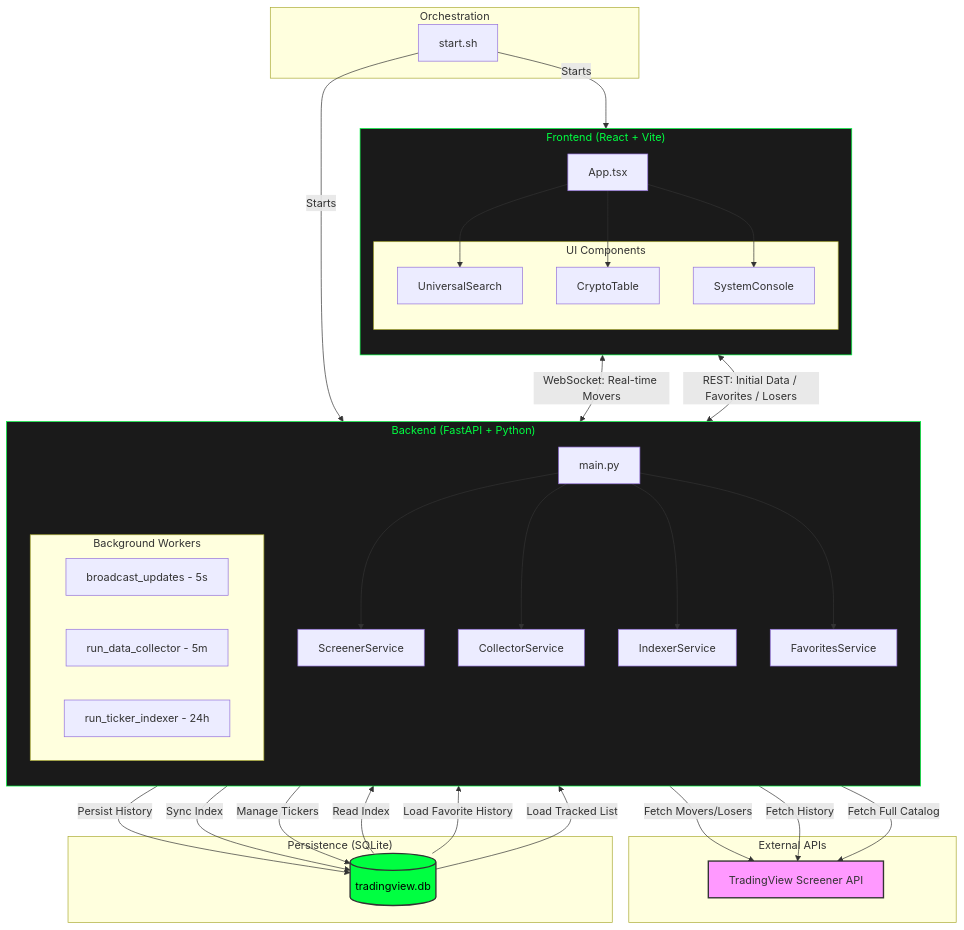
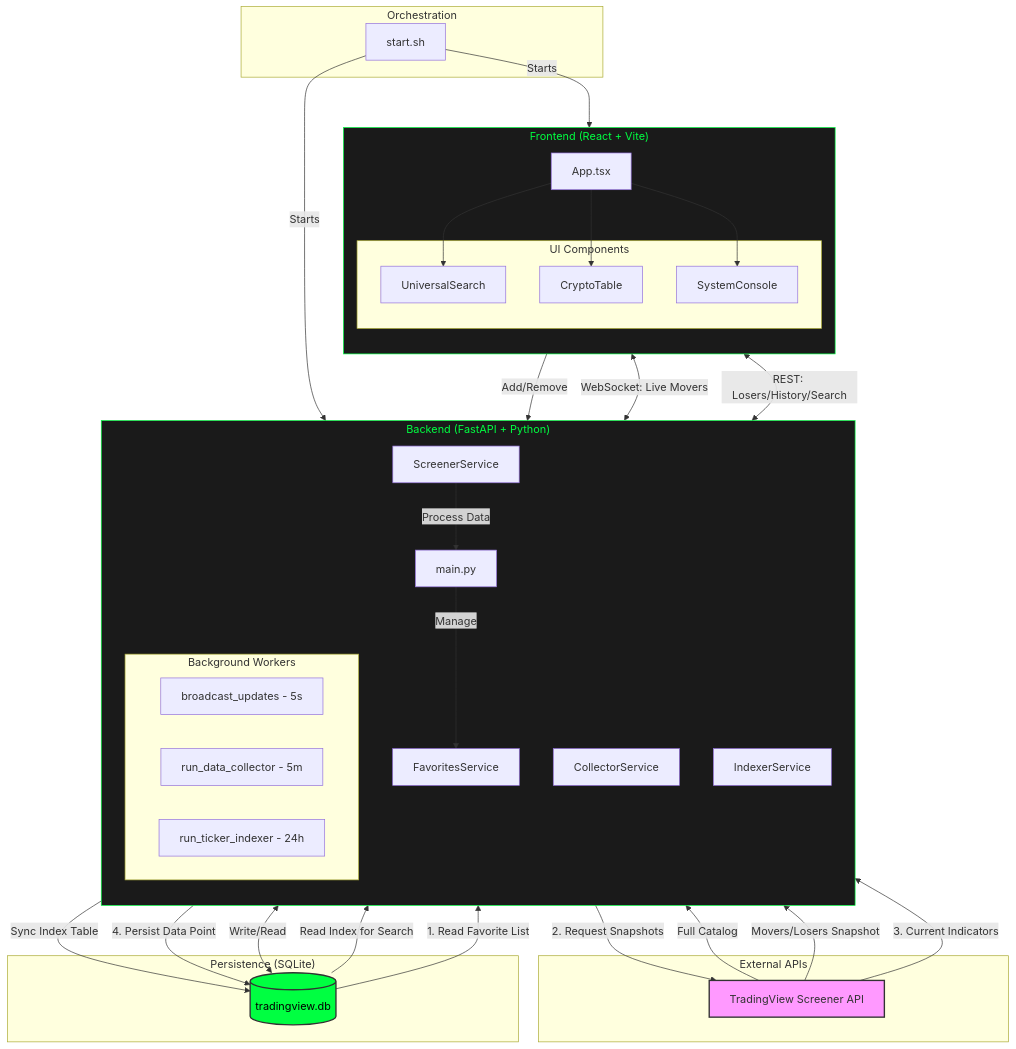
The diagram in docs/ARCHITECTURE.md (doralich/maket_trading_screener), drawn with Mermaid before and after one commit. The commit also changed other lines of this file, not shown here.

Commit message:
docs: Fix CollectorService data flow and circular logic in diagram

```diff
--- a/docs/ARCHITECTURE.md
+++ b/docs/ARCHITECTURE.md
@@ -52,30 +52,29 @@
     SSH -->|Starts| Backend
     SSH -->|Starts| Frontend
 
-    %% Fetching Logic
-    ScreenerSvc -->|Fetch Movers/Losers| TV
-    CollectorSvc -->|Fetch History| TV
-    IndexerSvc -->|Fetch Full Catalog| TV
+    %% 1. Ticker Indexing Loop (Indexer)
+    TV -->|Full Catalog| IndexerSvc
+    IndexerSvc -->|Sync Index Table| DB
 
-    %% Write to DB
-    CollectorSvc -->|Persist History| DB
-    IndexerSvc -->|Sync Index| DB
-    FavSvc -->|Manage Tickers| DB
+    %% 2. Live Market Flow (Screener)
+    TV -->|Movers/Losers Snapshot| ScreenerSvc
+    DB -->|Read Index for Search| ScreenerSvc
+    ScreenerSvc -->|Process Data| App
 
-    %% Read from DB (Return Paths)
-    DB -->|Read Index| ScreenerSvc
-    DB -->|Load Favorite History| App
-    DB -->|Load Tracked List| FavSvc
+    %% 3. History Collection Loop (Collector)
+    DB -->|1. Read Favorite List| CollectorSvc
+    CollectorSvc -->|2. Request Snapshots| TV
+    TV -->|3. Current Indicators| CollectorSvc
+    CollectorSvc -->|4. Persist Data Point| DB
 
-    %% Internal Backend Routing
-    App --> ScreenerSvc
-    App --> CollectorSvc
-    App --> IndexerSvc
-    App --> FavSvc
+    %% 4. User Interaction Flow (Favorites)
+    MainApp -->|Add/Remove| App
+    App -->|Manage| FavSvc
+    FavSvc <-->|Write/Read| DB
 
-    %% App to Frontend
-    MainApp <-->|WebSocket: Real-time Movers| App
-    MainApp <-->|REST: Initial Data / Favorites / Losers| App
+    %% 5. App to Frontend Communication
+    App <-->|WebSocket: Live Movers| MainApp
+    App <-->|REST: Losers/History/Search| MainApp
 
     MainApp --> Search
     MainApp --> Table
```
